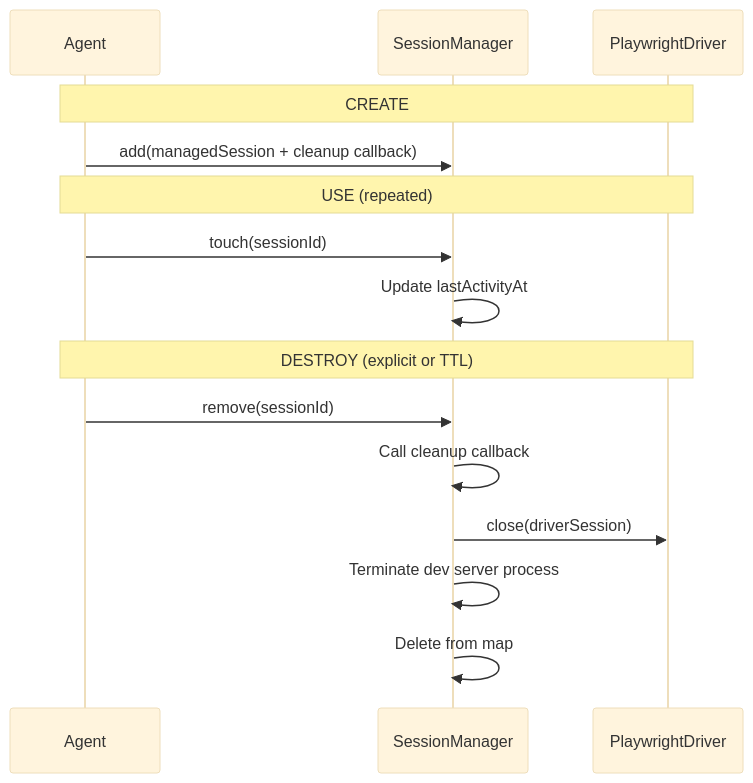
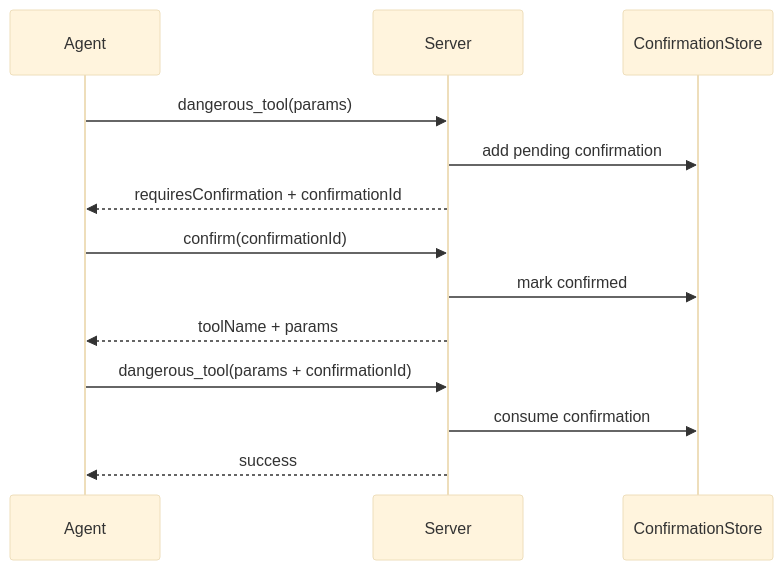
One commit to rpalermodrums/airlock-electron-mcp changed the third of 3 diagrams in docs/CODEBASE_MAP.md. Above: the diagram before and after it, drawn with Mermaid (base theme). The commit also changed other lines of this file and 7 other files, not shown here.

````diff
--- a/docs/CODEBASE_MAP.md
+++ b/docs/CODEBASE_MAP.md
@@ -291,20 +277,18 @@
 ```mermaid
 sequenceDiagram
     participant Agent
-    participant SM as SessionManager
-    participant Driver as PlaywrightDriver
+    participant Server
+    participant Store as ConfirmationStore
 
-    Note over Agent,Driver: CREATE
-    Agent->>SM: add(managedSession + cleanup callback)
+    Agent->>Server: dangerous_tool(params)
+    Server->>Store: add pending confirmation
+    Server-->>Agent: requiresConfirmation + confirmationId
 
-    Note over Agent,Driver: USE (repeated)
-    Agent->>SM: touch(sessionId)
-    SM->>SM: Update lastActivityAt
+    Agent->>Server: confirm(confirmationId)
+    Server->>Store: mark confirmed
+    Server-->>Agent: toolName + params
 
-    Note over Agent,Driver: DESTROY (explicit or TTL)
-    Agent->>SM: remove(sessionId)
-    SM->>SM: Call cleanup callback
-    SM->>Driver: close(driverSession)
-    SM->>SM: Terminate dev server process
-    SM->>SM: Delete from map
+    Agent->>Server: dangerous_tool(params + confirmationId)
+    Server->>Store: consume confirmation
+    Server-->>Agent: success
 ```
````
